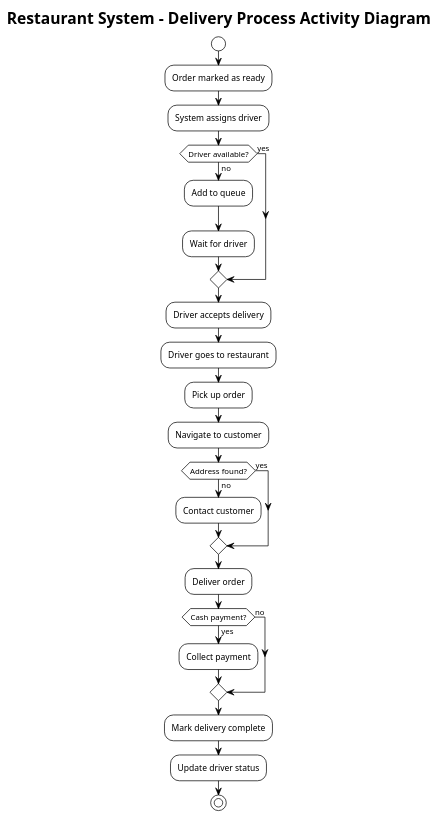
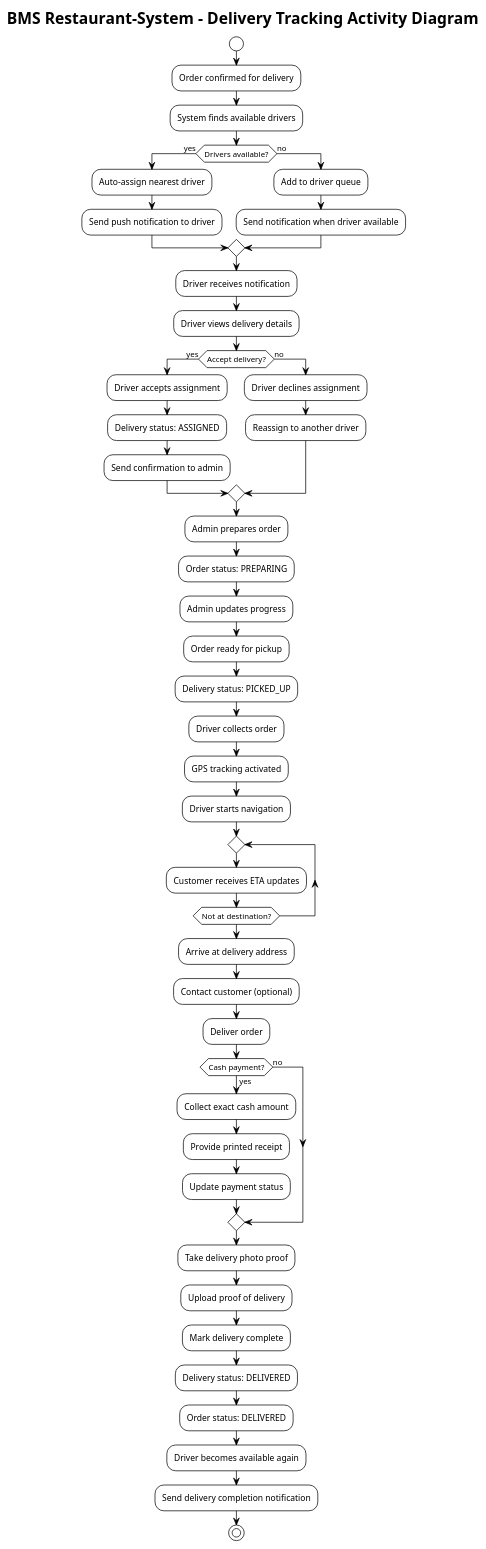
The second of 4 diagrams in Restaurant_System_Activity_Diagrams.puml (Bashitha07/BMS-Restaurant-System), drawn with PlantUML before and after one commit. The commit also changed other lines of this file and 61 other files, not shown here.

First line of the commit message:
Simplify database schema - Remove unnecessary attributes

```diff
--- a/Restaurant_System_Activity_Diagrams.puml
+++ b/Restaurant_System_Activity_Diagrams.puml
@@ -77,38 +138,66 @@
-@startuml Restaurant_Delivery_Activity
+@startuml Restaurant_Delivery_Tracking_Activity
 !theme plain
-title Restaurant System - Delivery Process Activity Diagram
+title BMS Restaurant-System - Delivery Tracking Activity Diagram
 
 start
 
-:Order marked as ready;
-:System assigns driver;
+:Order confirmed for delivery;
+:System finds available drivers;
 
-if (Driver available?) then (no)
-    :Add to queue;
-    :Wait for driver;
-else (yes)
+if (Drivers available?) then (yes)
+    :Auto-assign nearest driver;
+    :Send push notification to driver;
+else (no)
+    :Add to driver queue;
+    :Send notification when driver available;
 endif
 
-:Driver accepts delivery;
-:Driver goes to restaurant;
-:Pick up order;
-:Navigate to customer;
+:Driver receives notification;
+:Driver views delivery details;
 
-if (Address found?) then (no)
-    :Contact customer;
-else (yes)
+if (Accept delivery?) then (yes)
+    :Driver accepts assignment;
+    :Delivery status: ASSIGNED;
+    :Send confirmation to admin;
+else (no)
+    :Driver declines assignment;
+    :Reassign to another driver;
 endif
 
+:Admin prepares order;
+:Order status: PREPARING;
+:Admin updates progress;
+
+:Order ready for pickup;
+:Delivery status: PICKED_UP;
+:Driver collects order;
+:GPS tracking activated;
+:Driver starts navigation;
+
+repeat
+    :Customer receives ETA updates;
+repeat while (Not at destination?)
+
+:Arrive at delivery address;
+:Contact customer (optional);
 :Deliver order;
 
 if (Cash payment?) then (yes)
-    :Collect payment;
+    :Collect exact cash amount;
+    :Provide printed receipt;
+    :Update payment status;
 else (no)
 endif
 
+:Take delivery photo proof;
+:Upload proof of delivery;
 :Mark delivery complete;
-:Update driver status;
+:Delivery status: DELIVERED;
+:Order status: DELIVERED;
+
+:Driver becomes available again;
+:Send delivery completion notification;
 
 stop
 
 @enduml
```
